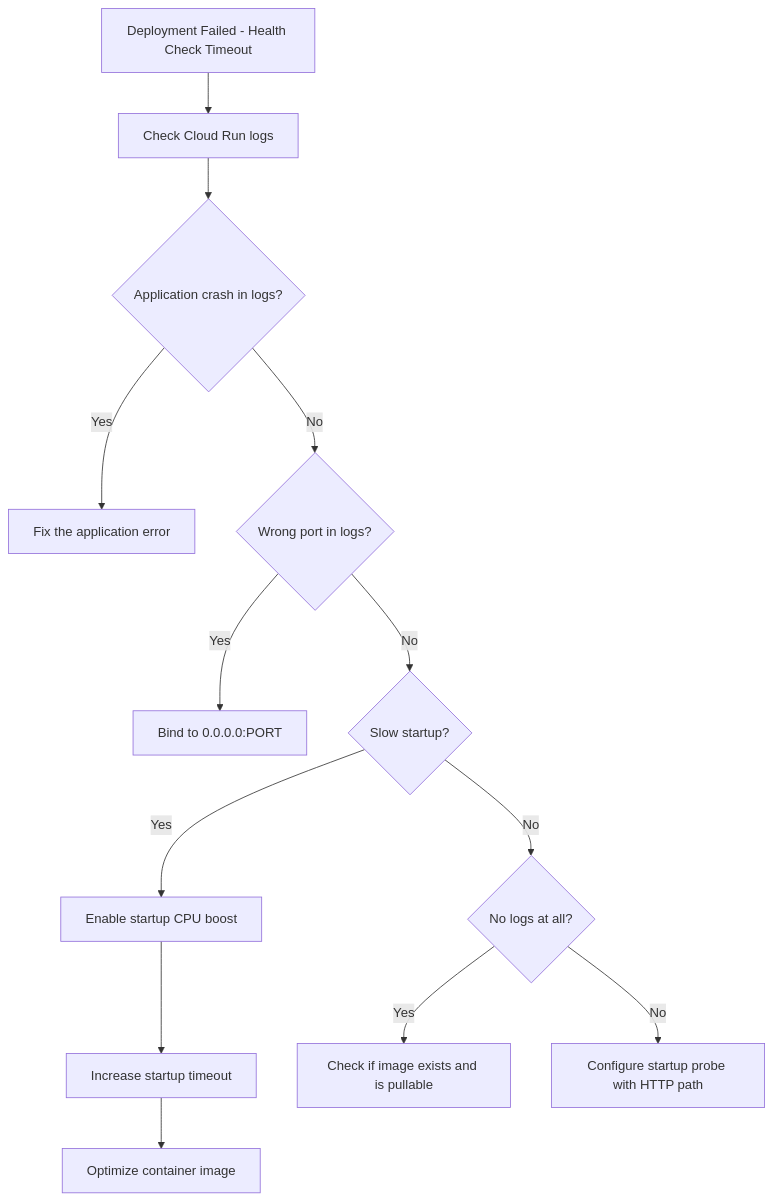
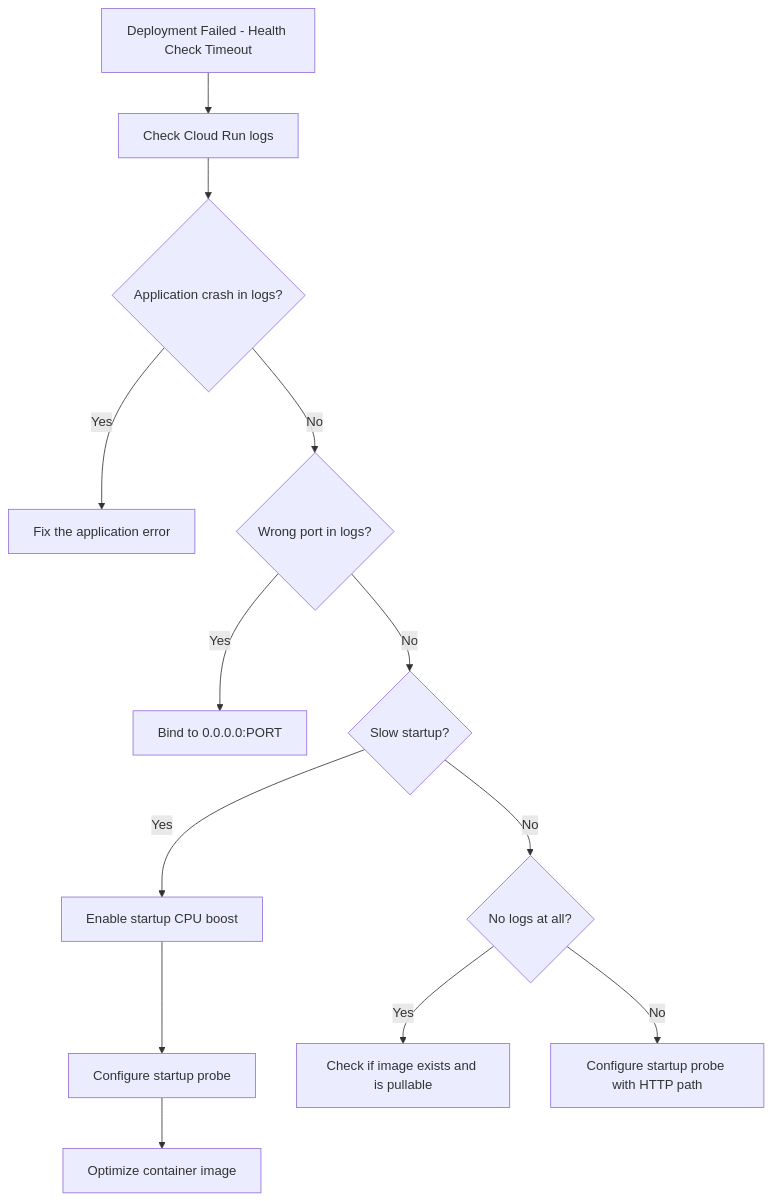
The diagram in posts/2026-02-17-how-to-resolve-cloud-run-deployment-failures-due-to-container-health-check-timeouts/README.md (OneUptime/blog), drawn with Mermaid before and after one commit. The commit also changed other lines of this file and 2 other files, not shown here.

````diff
--- a/posts/2026-02-17-how-to-resolve-cloud-run-deployment-failures-due-to-container-health-check-timeouts/README.md
+++ b/posts/2026-02-17-how-to-resolve-cloud-run-deployment-failures-due-to-container-health-check-timeouts/README.md
@@ -246,15 +246,15 @@
 ```mermaid
 graph TD
     A[Deployment Failed - Health Check Timeout] --> B[Check Cloud Run logs]
     B --> C{Application crash in logs?}
     C -->|Yes| D[Fix the application error]
     C -->|No| E{Wrong port in logs?}
     E -->|Yes| F[Bind to 0.0.0.0:PORT]
     E -->|No| G{Slow startup?}
     G -->|Yes| H[Enable startup CPU boost]
-    H --> I[Increase startup timeout]
+    H --> I[Configure startup probe]
     I --> J[Optimize container image]
     G -->|No| K{No logs at all?}
     K -->|Yes| L[Check if image exists and is pullable]
     K -->|No| M[Configure startup probe with HTTP path]
 ```
````
